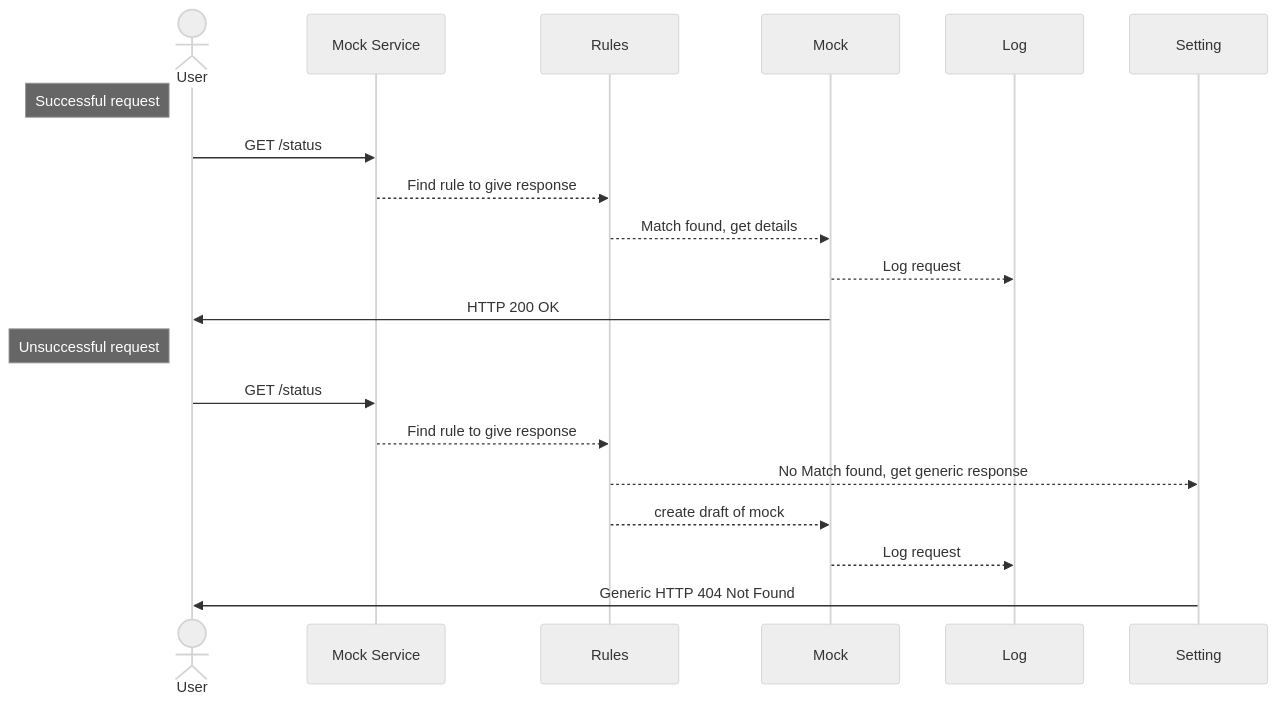
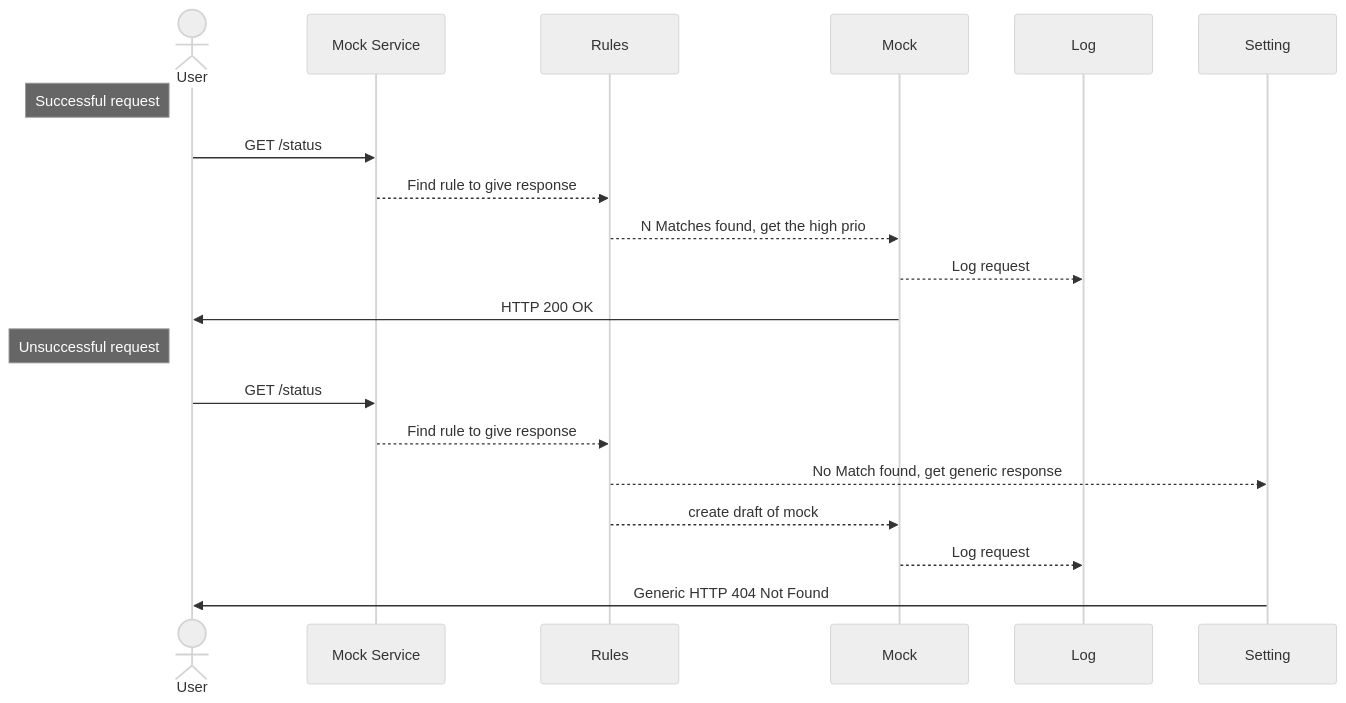
Before and after one commit to infopulse/dMock: the first of 2 diagrams in design.md, drawn with Mermaid (neutral theme). The commit also changed other lines of this file and 4 other files, not shown here.

````diff
--- a/design.md
+++ b/design.md
@@ -5,17 +5,17 @@
 ```mermaid
 sequenceDiagram
     actor User
     Note left of User: Successful request
     User ->> Mock Service: GET /status
     Mock Service -->> Rules: Find rule to give response
-    Rules -->> Mock: Match found, get details
+    Rules -->> Mock: N Matches found, get the high prio
     Mock -->> Log: Log request
     Mock ->> User: HTTP 200 OK
     Note left of User: Unsuccessful request
     User ->> Mock Service: GET /status
     Mock Service -->> Rules: Find rule to give response
     Rules -->> Setting: No Match found, get generic response
     Rules -->> Mock: create draft of mock
     Mock -->> Log: Log request
     Setting ->> User: Generic HTTP 404 Not Found
 ```
````
